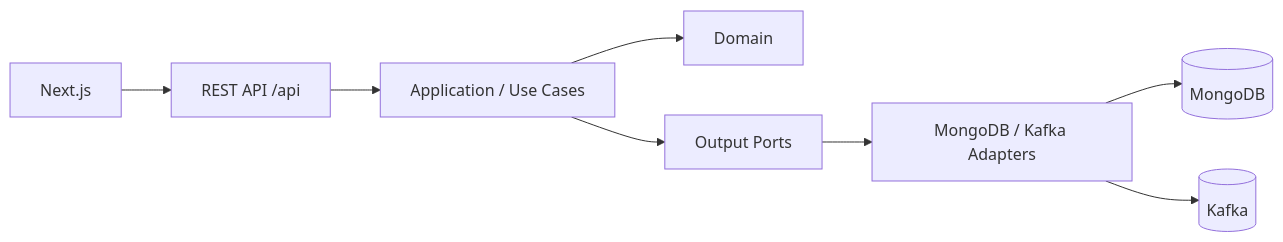
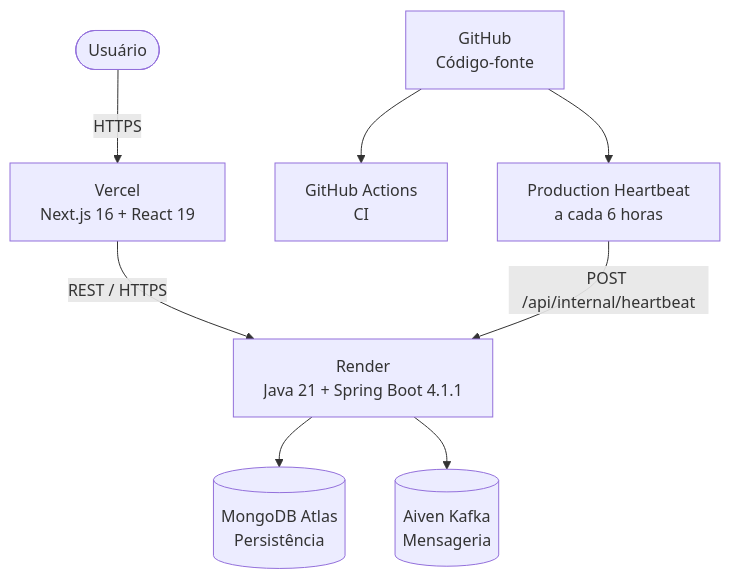
Before and after one commit to AlanChristofer/tech-world: the first of 2 diagrams in README.md, drawn with Mermaid. The commit also changed other lines of this file and 21 other files, not shown here.

Commit message:
feat: evolve Tech World experience and architecture

````diff
--- a/README.md
+++ b/README.md
@@ -9,10 +24,11 @@
 ```mermaid
-flowchart LR
-    UI[Next.js] --> API[REST API /api]
-    API --> UC[Application / Use Cases]
-    UC --> D[Domain]
-    UC --> P[Output Ports]
-    P --> A[MongoDB / Kafka Adapters]
-    A --> DB[(MongoDB)]
-    A --> K[(Kafka)]
+flowchart TB
+    User([Usuário]) -->|HTTPS| Vercel[Vercel<br/>Next.js 16 + React 19]
+    Vercel -->|REST / HTTPS| Render[Render<br/>Java 21 + Spring Boot 4.1.1]
+    Render --> Mongo[(MongoDB Atlas<br/>Persistência)]
+    Render --> Kafka[(Aiven Kafka<br/>Mensageria)]
+
+    GitHub[GitHub<br/>Código-fonte] --> CI[GitHub Actions<br/>CI]
+    GitHub --> Heartbeat[Production Heartbeat<br/>a cada 6 horas]
+    Heartbeat -->|POST /api/internal/heartbeat| Render
 ```
````
